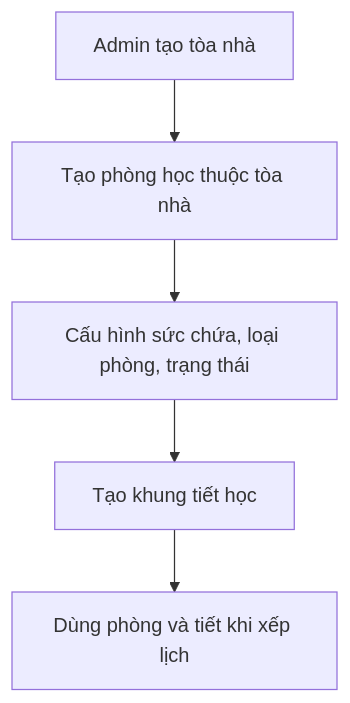
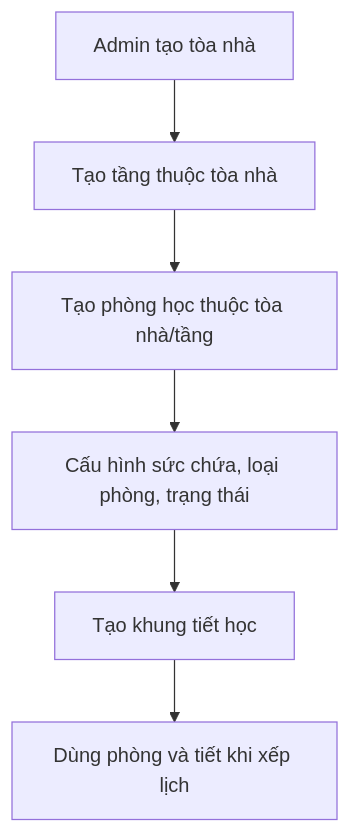
Diagram 11 of 11 in backend/docs/20260530_chapter3_ui_implementation.md (NguyenThoNgocIT/ems_educations), drawn with Mermaid before and after one commit. The commit also changed other lines of this file and 1 other file, not shown here.

````diff
--- a/backend/docs/20260530_chapter3_ui_implementation.md
+++ b/backend/docs/20260530_chapter3_ui_implementation.md
@@ -571,7 +649,8 @@
 ```mermaid
 flowchart TD
-    A["Admin tạo tòa nhà"] --> B["Tạo phòng học thuộc tòa nhà"]
-    B --> C["Cấu hình sức chứa, loại phòng, trạng thái"]
-    C --> D["Tạo khung tiết học"]
-    D --> E["Dùng phòng và tiết khi xếp lịch"]
+    A["Admin tạo tòa nhà"] --> B["Tạo tầng thuộc tòa nhà"]
+    B --> C["Tạo phòng học thuộc tòa nhà/tầng"]
+    C --> D["Cấu hình sức chứa, loại phòng, trạng thái"]
+    D --> E["Tạo khung tiết học"]
+    E --> F["Dùng phòng và tiết khi xếp lịch"]
 ```
````
